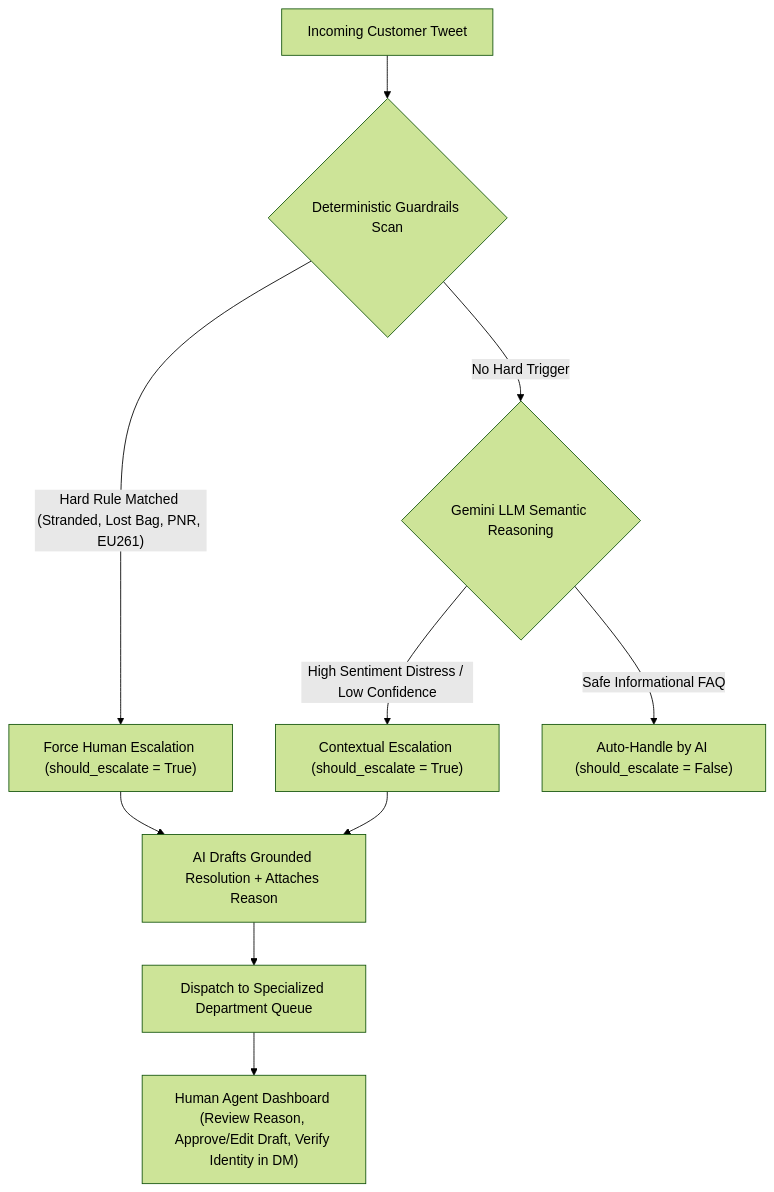
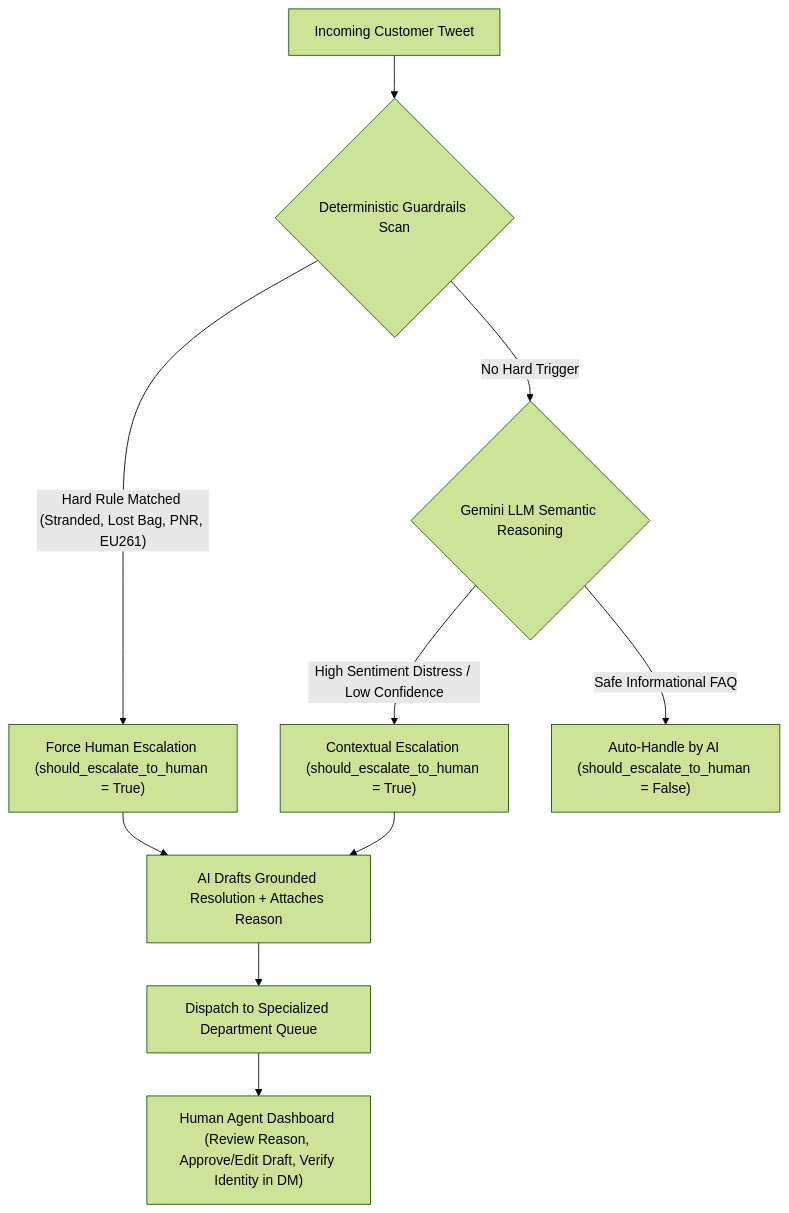
Before and after one commit to Nikhil4002-50-82/Hiver-Assignment: the first of 2 diagrams in docs/Human_Agent.md, drawn with Mermaid (forest theme). The commit also changed other lines of this file and 7 other files, not shown here.

````diff
--- a/docs/Human_Agent.md
+++ b/docs/Human_Agent.md
@@ -22,17 +22,17 @@
 ```mermaid
 flowchart TD
     Tweet["Incoming Customer Tweet"] --> Scan{"Deterministic Guardrails Scan"}
     
-    Scan -- "Hard Rule Matched (Stranded, Lost Bag, PNR, EU261)" --> ForceEsc["Force Human Escalation (should_escalate = True)"]
+    Scan -- "Hard Rule Matched (Stranded, Lost Bag, PNR, EU261)" --> ForceEsc["Force Human Escalation (should_escalate_to_human = True)"]
     Scan -- "No Hard Trigger" --> LLMEval{"Gemini LLM Semantic Reasoning"}
     
-    LLMEval -- "High Sentiment Distress / Low Confidence" --> SoftEsc["Contextual Escalation (should_escalate = True)"]
-    LLMEval -- "Safe Informational FAQ" --> AutoHandle["Auto-Handle by AI (should_escalate = False)"]
+    LLMEval -- "High Sentiment Distress / Low Confidence" --> SoftEsc["Contextual Escalation (should_escalate_to_human = True)"]
+    LLMEval -- "Safe Informational FAQ" --> AutoHandle["Auto-Handle by AI (should_escalate_to_human = False)"]
     
     ForceEsc --> CoPilot["AI Drafts Grounded Resolution + Attaches Reason"]
     SoftEsc --> CoPilot
     
     CoPilot --> Dispatch["Dispatch to Specialized Department Queue"]
     
     Dispatch --> HumanDesk["Human Agent Dashboard (Review Reason, Approve/Edit Draft, Verify Identity in DM)"]
 ```
````
